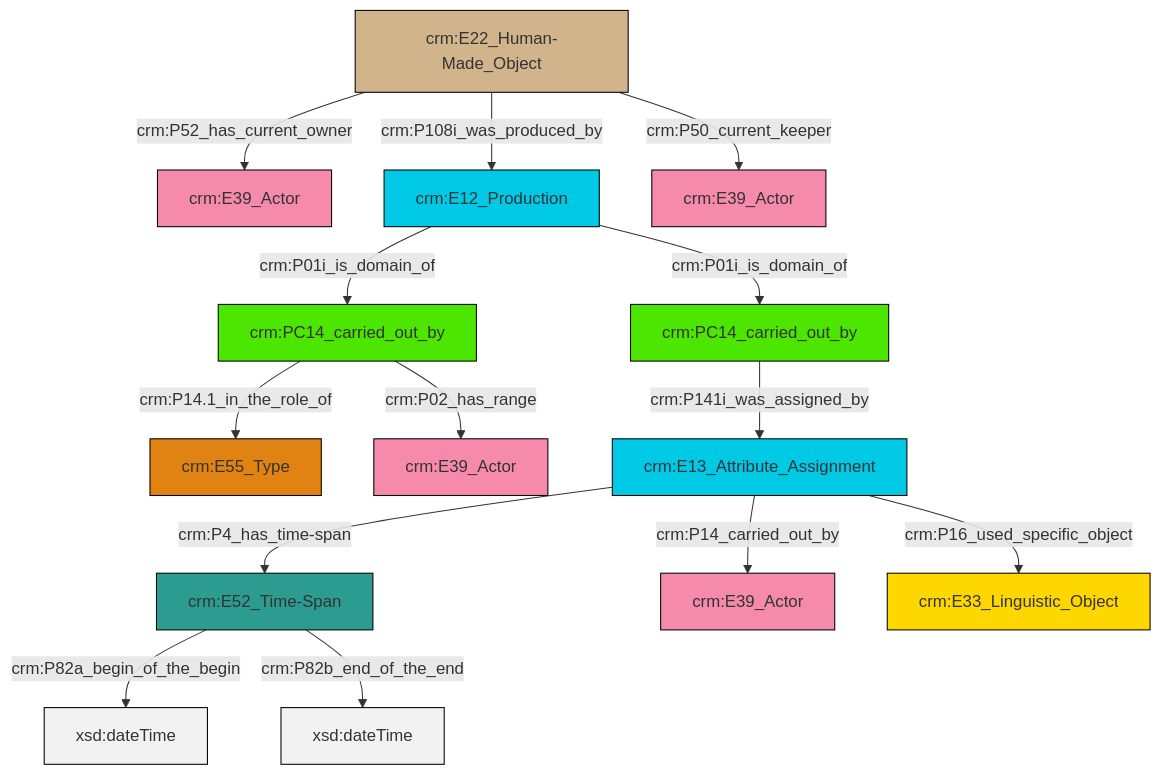
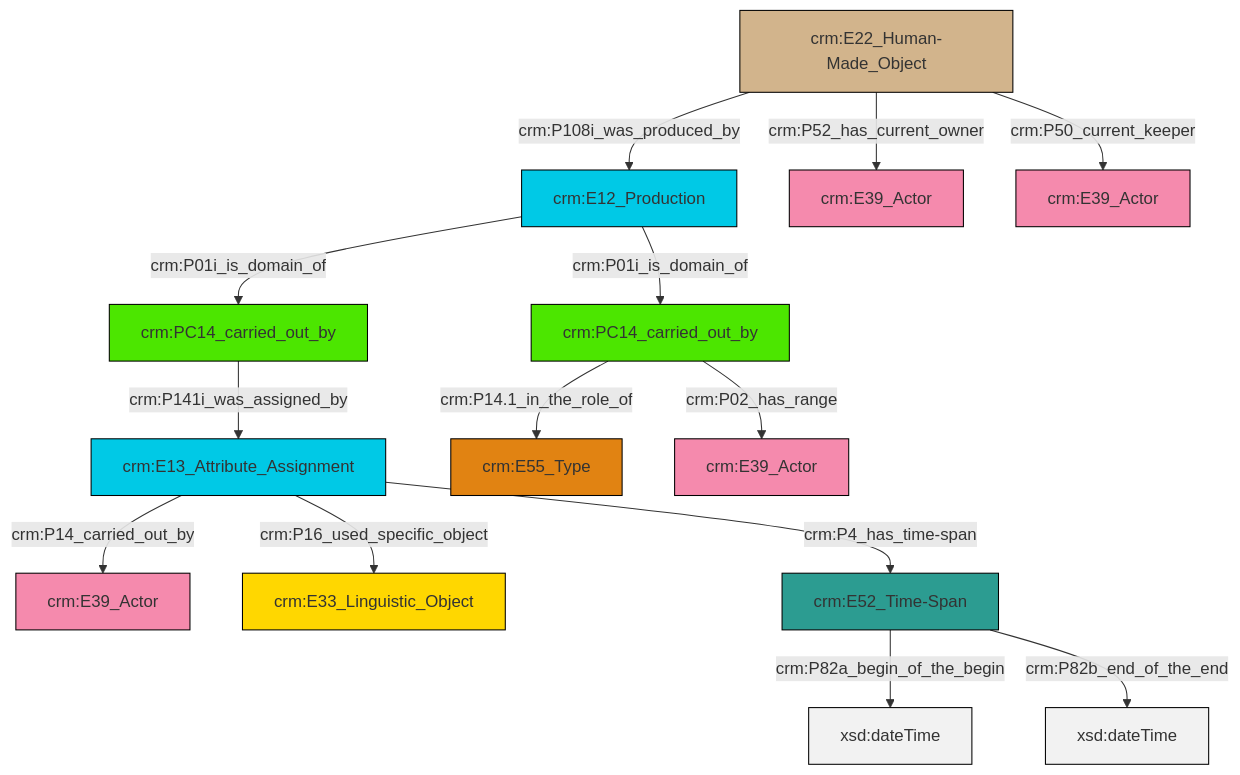
One commit to swiss-art-research-net/docs.swissartresearch changed the diagram in et/carrierCSV/ttl/mmd/carrier_relations.ttl.mmd. Above: the diagram before and after it, drawn with Mermaid. The commit also changed 208 other files, not shown here.

```diff
--- a/et/carrierCSV/ttl/mmd/carrier_relations.ttl.mmd
+++ b/et/carrierCSV/ttl/mmd/carrier_relations.ttl.mmd
@@ -1,28 +1,28 @@
 graph TD
 classDef Literal fill:#f2f2f2,stroke:#000000;
 classDef CRM_Entity fill:#FFFFFF,stroke:#000000;
 classDef Temporal_Entity fill:#00C9E6, stroke:#000000;
 classDef Type fill:#E18312, stroke:#000000;
 classDef Time-Span fill:#2C9C91, stroke:#000000;
 classDef Appellation fill:#FFEB7F, stroke:#000000;
 classDef Place fill:#008836, stroke:#000000;
 classDef Persistent_Item fill:#B266B2, stroke:#000000;
 classDef Conceptual_Object fill:#FFD700, stroke:#000000;
 classDef Physical_Thing fill:#D2B48C, stroke:#000000;
 classDef Actor fill:#f58aad, stroke:#000000;
 classDef PC_Classes fill:#4ce600, stroke:#000000;
 classDef Multi fill:#cccccc,stroke:#000000;
 
-0["crm:E52_Time-Span"]:::Time-Span -->|crm:P82a_begin_of_the_begin| 1[xsd:dateTime]:::Literal
-12["crm:PC14_carried_out_by"]:::PC_Classes -->|crm:P141i_was_assigned_by| 13["crm:E13_Attribute_Assignment"]:::Temporal_Entity
-10["crm:E12_Production"]:::Temporal_Entity -->|crm:P01i_is_domain_of| 8["crm:PC14_carried_out_by"]:::PC_Classes
-0["crm:E52_Time-Span"]:::Time-Span -->|crm:P82b_end_of_the_end| 15[xsd:dateTime]:::Literal
-13["crm:E13_Attribute_Assignment"]:::Temporal_Entity -->|crm:P14_carried_out_by| 16["crm:E39_Actor"]:::Actor
-21["crm:E22_Human-Made_Object"]:::Physical_Thing -->|crm:P108i_was_produced_by| 10["crm:E12_Production"]:::Temporal_Entity
-8["crm:PC14_carried_out_by"]:::PC_Classes -->|crm:P14.1_in_the_role_of| 4["crm:E55_Type"]:::Type
-21["crm:E22_Human-Made_Object"]:::Physical_Thing -->|crm:P50_current_keeper| 22["crm:E39_Actor"]:::Actor
-13["crm:E13_Attribute_Assignment"]:::Temporal_Entity -->|crm:P4_has_time-span| 0["crm:E52_Time-Span"]:::Time-Span
-13["crm:E13_Attribute_Assignment"]:::Temporal_Entity -->|crm:P16_used_specific_object| 18["crm:E33_Linguistic_Object"]:::Conceptual_Object
-21["crm:E22_Human-Made_Object"]:::Physical_Thing -->|crm:P52_has_current_owner| 2["crm:E39_Actor"]:::Actor
-10["crm:E12_Production"]:::Temporal_Entity -->|crm:P01i_is_domain_of| 12["crm:PC14_carried_out_by"]:::PC_Classes
-8["crm:PC14_carried_out_by"]:::PC_Classes -->|crm:P02_has_range| 6["crm:E39_Actor"]:::Actor
+0["crm:E12_Production"]:::Temporal_Entity -->|crm:P01i_is_domain_of| 1["crm:PC14_carried_out_by"]:::PC_Classes
+2["crm:E22_Human-Made_Object"]:::Physical_Thing -->|crm:P52_has_current_owner| 3["crm:E39_Actor"]:::Actor
+7["crm:E13_Attribute_Assignment"]:::Temporal_Entity -->|crm:P14_carried_out_by| 4["crm:E39_Actor"]:::Actor
+7["crm:E13_Attribute_Assignment"]:::Temporal_Entity -->|crm:P16_used_specific_object| 13["crm:E33_Linguistic_Object"]:::Conceptual_Object
+14["crm:PC14_carried_out_by"]:::PC_Classes -->|crm:P141i_was_assigned_by| 7["crm:E13_Attribute_Assignment"]:::Temporal_Entity
+2["crm:E22_Human-Made_Object"]:::Physical_Thing -->|crm:P108i_was_produced_by| 0["crm:E12_Production"]:::Temporal_Entity
+1["crm:PC14_carried_out_by"]:::PC_Classes -->|crm:P14.1_in_the_role_of| 9["crm:E55_Type"]:::Type
+1["crm:PC14_carried_out_by"]:::PC_Classes -->|crm:P02_has_range| 15["crm:E39_Actor"]:::Actor
+0["crm:E12_Production"]:::Temporal_Entity -->|crm:P01i_is_domain_of| 14["crm:PC14_carried_out_by"]:::PC_Classes
+18["crm:E52_Time-Span"]:::Time-Span -->|crm:P82a_begin_of_the_begin| 19[xsd:dateTime]:::Literal
+2["crm:E22_Human-Made_Object"]:::Physical_Thing -->|crm:P50_current_keeper| 20["crm:E39_Actor"]:::Actor
+7["crm:E13_Attribute_Assignment"]:::Temporal_Entity -->|crm:P4_has_time-span| 18["crm:E52_Time-Span"]:::Time-Span
+18["crm:E52_Time-Span"]:::Time-Span -->|crm:P82b_end_of_the_end| 24[xsd:dateTime]:::Literal
```
